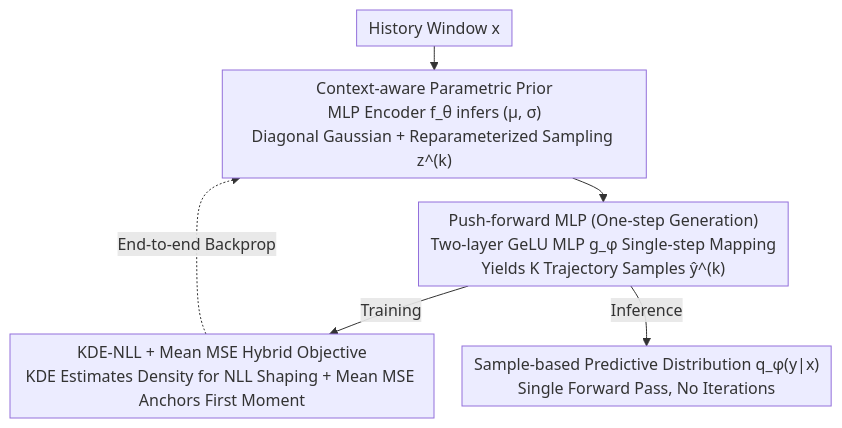
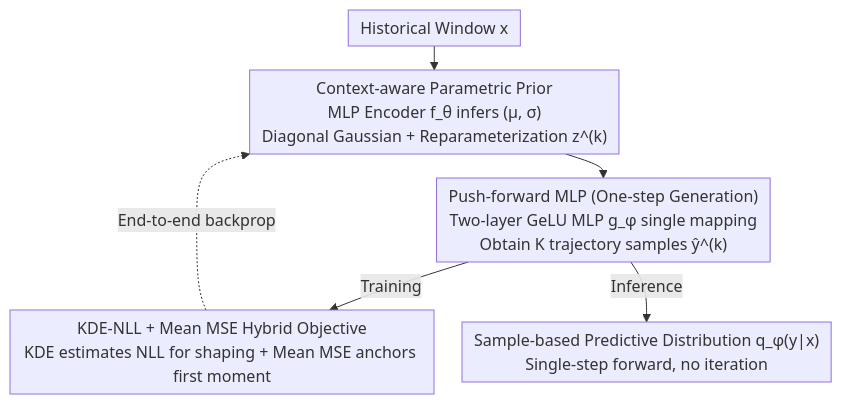
The diagram in docs/ICML2026/time_series/parametric_prior_mapping_framework_for_non-stationary_probabilistic_time_series_.md (zhaoyang97/Paper-Notes-en), drawn with Mermaid before and after one commit. The commit also changed other lines of this file and 5084 other files, not shown here.

````diff
--- a/docs/ICML2026/time_series/parametric_prior_mapping_framework_for_non-stationary_probabilistic_time_series_.md
+++ b/docs/ICML2026/time_series/parametric_prior_mapping_framework_for_non-stationary_probabilistic_time_series_.md
@@ -46,9 +46,9 @@
 ```mermaid
 %%{init: {'flowchart': {'rankSpacing': 24, 'nodeSpacing': 28, 'padding': 6, 'wrappingWidth': 400}}}%%
 flowchart TD
-    A["History Window x"] --> B["Context-aware Parametric Prior<br/>MLP Encoder f_θ infers (μ, σ)<br/>Diagonal Gaussian + Reparameterized Sampling z^(k)"]
-    B --> C["Push-forward MLP (One-step Generation)<br/>Two-layer GeLU MLP g_φ Single-step Mapping<br/>Yields K Trajectory Samples ŷ^(k)"]
-    C -->|Training| D["KDE-NLL + Mean MSE Hybrid Objective<br/>KDE Estimates Density for NLL Shaping + Mean MSE Anchors First Moment"]
-    C -->|Inference| E["Sample-based Predictive Distribution q_φ(y|x)<br/>Single Forward Pass, No Iterations"]
-    D -.->|End-to-end Backprop| B
+    A["Historical Window x"] --> B["Context-aware Parametric Prior<br/>MLP Encoder f_θ infers (μ, σ)<br/>Diagonal Gaussian + Reparameterization z^(k)"]
+    B --> C["Push-forward MLP (One-step Generation)<br/>Two-layer GeLU MLP g_φ single mapping<br/>Obtain K trajectory samples ŷ^(k)"]
+    C -->|Training| D["KDE-NLL + Mean MSE Hybrid Objective<br/>KDE estimates NLL for shaping + Mean MSE anchors first moment"]
+    C -->|Inference| E["Sample-based Predictive Distribution q_φ(y|x)<br/>Single-step forward, no iteration"]
+    D -.->|End-to-end backprop| B
 ```
````
